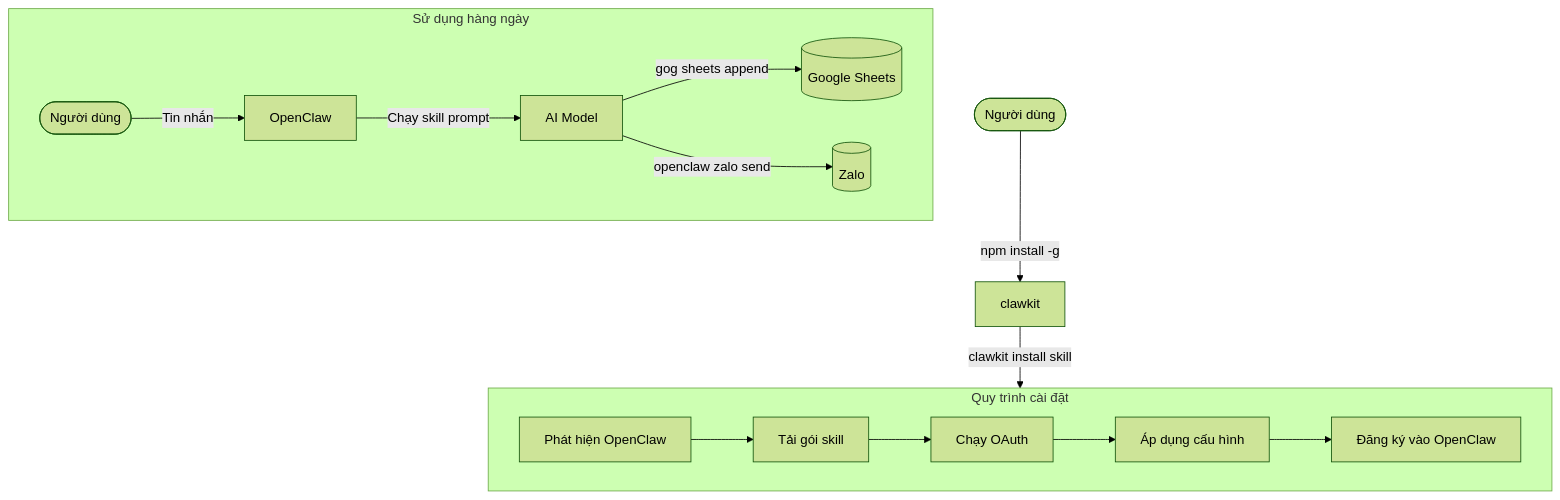
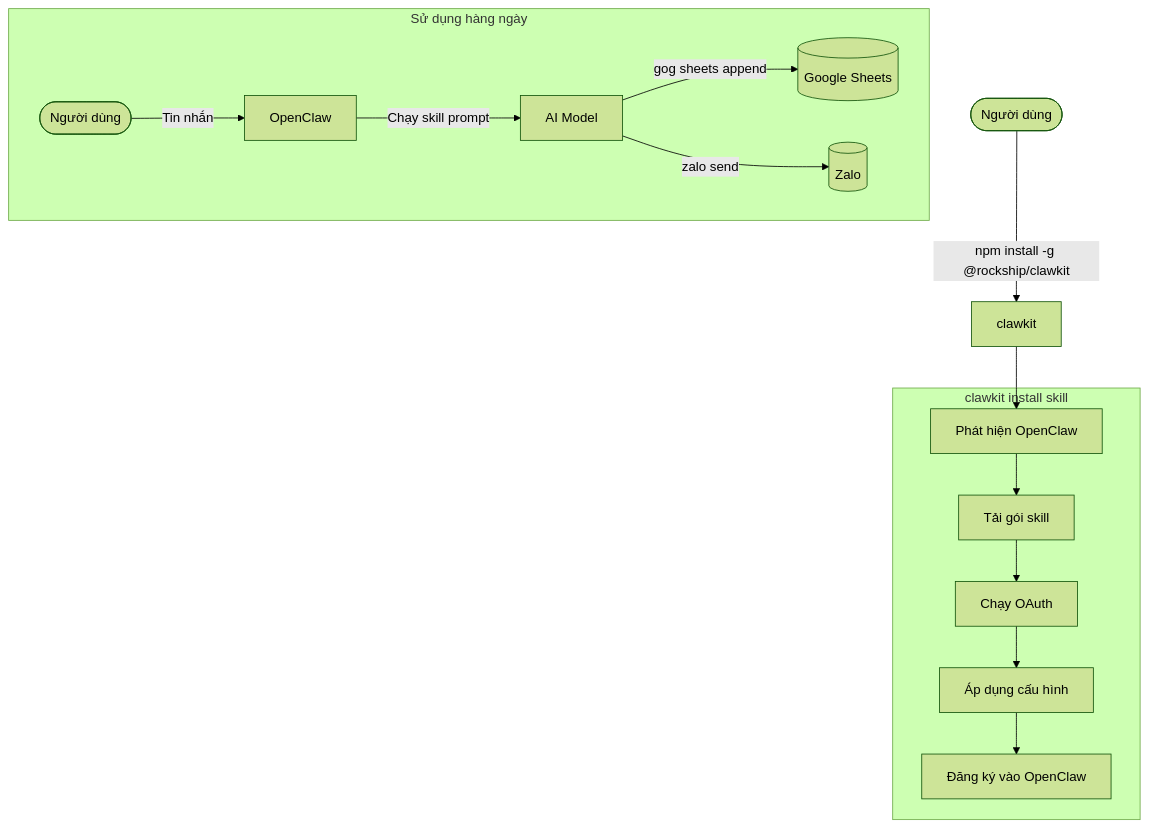
One commit to Rockship-Team/clawkit changed the diagram in README.vi.md. Above: the diagram before and after it, drawn with Mermaid (forest theme). The commit also changed 1 other file, not shown here.

Commit message:
fix: correct Mermaid syntax in README diagrams
Replace invalid 'subflow' with 'subgraph' keyword.

````diff
--- a/README.vi.md
+++ b/README.vi.md
@@ -88,19 +88,20 @@
 ```mermaid
 graph TD
-    User([Người dùng]) -->|npm install -g| clawkit
-    clawkit -->|clawkit install skill| Flow
+    User([Người dùng]) -->|npm install -g @rockship/clawkit| clawkit
 
-    subgraph Flow [Quy trình cài đặt]
+    subgraph Install [clawkit install skill]
         A[Phát hiện OpenClaw] --> B[Tải gói skill]
         B --> C[Chạy OAuth]
         C --> D[Áp dụng cấu hình]
         D --> E[Đăng ký vào OpenClaw]
     end
 
+    clawkit --> A
+
     subgraph Runtime [Sử dụng hàng ngày]
         User2([Người dùng]) -->|Tin nhắn| OpenClaw
         OpenClaw -->|Chạy skill prompt| AI[AI Model]
         AI -->|gog sheets append| Sheets[(Google Sheets)]
-        AI -->|openclaw zalo send| Zalo[(Zalo)]
+        AI -->|zalo send| Zalo[(Zalo)]
     end
 ```
````
